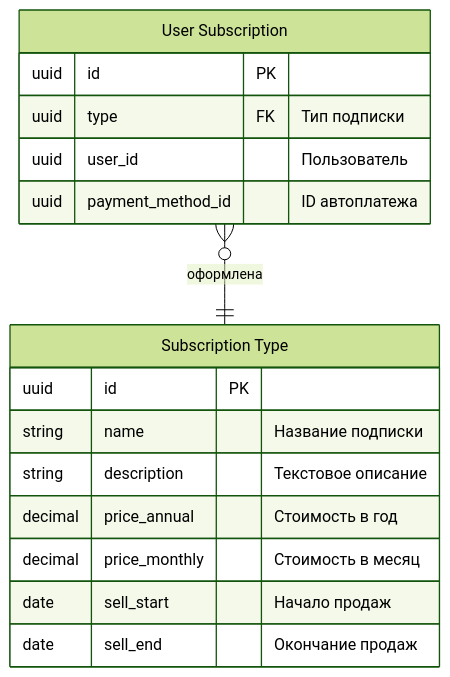
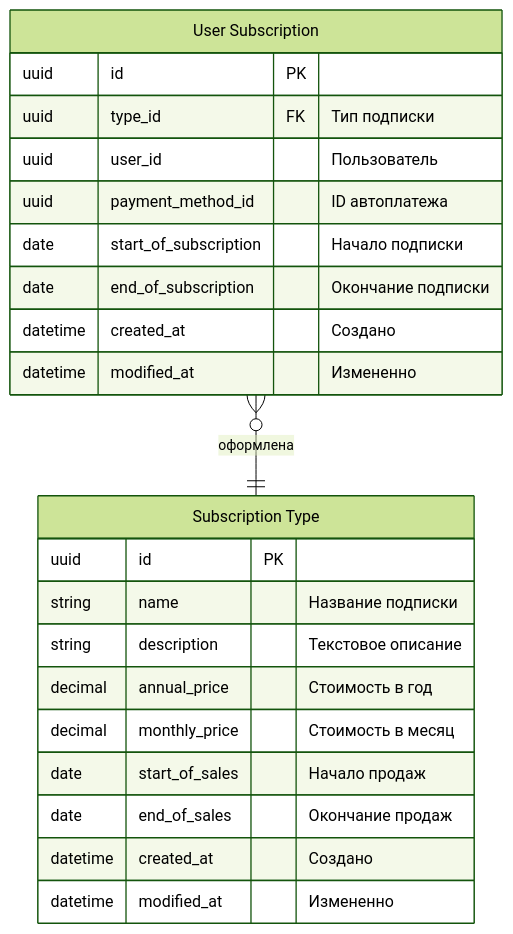
Before and after one commit to smb13/graduate_work: the diagram in architecture/erd_subscriptions.md, drawn with Mermaid (forest theme). The commit also changed 30 other files, not shown here.

````diff
--- a/architecture/erd_subscriptions.md
+++ b/architecture/erd_subscriptions.md
@@ -3,22 +3,28 @@
 ```mermaid
 erDiagram
     subscription-type["Subscription Type"] {
         uuid id PK
         string name "Название подписки"
         string description "Текстовое описание"
-        decimal price_annual "Стоимость в год"
-        decimal price_monthly "Стоимость в месяц"
-        date sell_start "Начало продаж"
-        date sell_end "Окончание продаж"
+        decimal annual_price "Стоимость в год"
+        decimal monthly_price "Стоимость в месяц"
+        date start_of_sales "Начало продаж"
+        date end_of_sales "Окончание продаж"
+        datetime created_at "Создано"
+        datetime modified_at "Измененно"
     }
     
     user-subscription["User Subscription"] {
         uuid id PK
-        uuid type FK "Тип подписки"
+        uuid type_id FK "Тип подписки"
         uuid user_id "Пользователь"
-        uuid payment_method_id "ID автоплатежа" 
+        uuid payment_method_id "ID автоплатежа"
+        date start_of_subscription "Начало подписки"
+        date end_of_subscription "Окончание подписки"
+        datetime created_at "Создано"
+        datetime modified_at "Измененно"
     }
 
     user-subscription }o--|| subscription-type : "оформлена"
 
 ```
````
